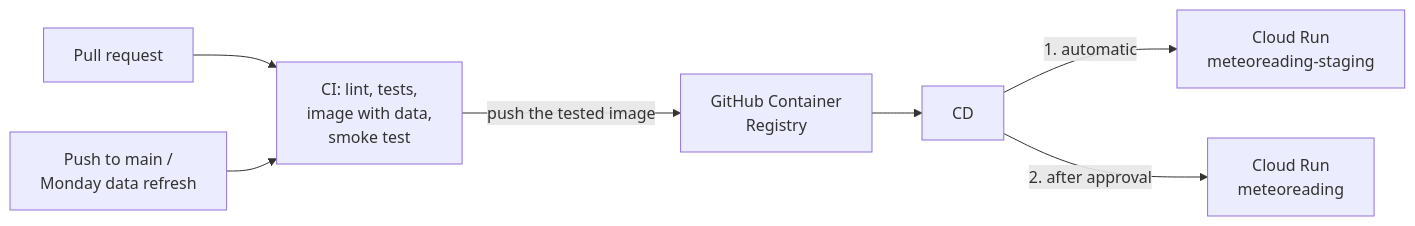
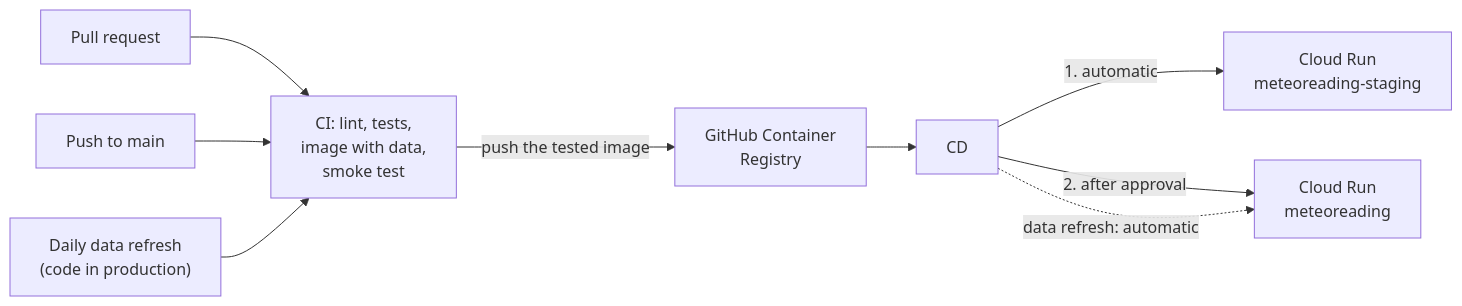
The first of 2 diagrams in docs/DEPLOY.md (ElliotGalaor/MeteoReading), drawn with Mermaid before and after one commit. The commit also changed other lines of this file and 39 other files, not shown here.

````diff
--- a/docs/DEPLOY.md
+++ b/docs/DEPLOY.md
@@ -7,9 +7,11 @@
 ```mermaid
 flowchart LR
     PR["Pull request"] --> CI["CI: lint, tests,<br>image with data,<br>smoke test"]
-    M["Push to main /<br>Monday data refresh"] --> CI
+    M["Push to main"] --> CI
+    D["Daily data refresh<br>(code in production)"] --> CI
     CI -->|"push the tested image"| GHCR["GitHub Container<br>Registry"]
     GHCR --> CD["CD"]
     CD -->|"1. automatic"| S["Cloud Run<br>meteoreading-staging"]
     CD -->|"2. after approval"| P["Cloud Run<br>meteoreading"]
+    CD -.->|"data refresh: automatic"| P
 ```
````
